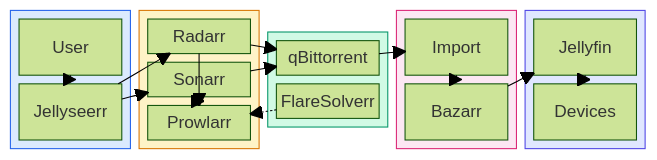
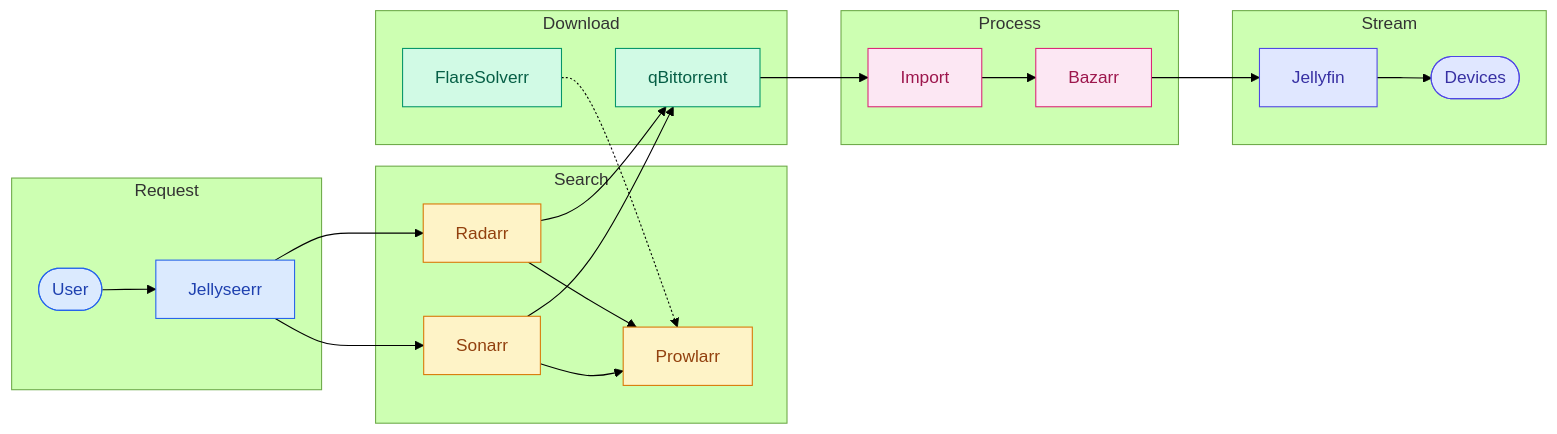
The second of 4 diagrams in docs-site/src/content/docs/guides/introduction.mdx (Mykyta-Home-Server/homeserver), drawn with Mermaid (forest theme) before and after one commit. The commit also changed other lines of this file and 2 other files, not shown here.

First line of the commit message:
Fix Mermaid diagrams: switch from block-beta to flowchart

````diff
--- a/docs-site/src/content/docs/guides/introduction.mdx
+++ b/docs-site/src/content/docs/guides/introduction.mdx
@@ -69,54 +69,53 @@
 ```mermaid
-block-beta
-    columns 5
-
-    block:request:1
-        columns 1
-        r1["User"]
-        r2["Jellyseerr"]
+flowchart LR
+    subgraph Request
+        User([User])
+        Jellyseerr[Jellyseerr]
     end
 
-    block:search:1
-        columns 1
-        s1["Radarr"]
-        s2["Sonarr"]
-        s3["Prowlarr"]
+    subgraph Search
+        Radarr[Radarr]
+        Sonarr[Sonarr]
+        Prowlarr[Prowlarr]
     end
 
-    block:download:1
-        columns 1
-        d1["qBittorrent"]
-        d2["FlareSolverr"]
+    subgraph Download
+        qBit[qBittorrent]
+        Flare[FlareSolverr]
     end
 
-    block:process:1
-        columns 1
-        p1["Import"]
-        p2["Bazarr"]
+    subgraph Process
+        Import[Import]
+        Bazarr[Bazarr]
     end
 
-    block:stream:1
-        columns 1
-        st1["Jellyfin"]
-        st2["Devices"]
+    subgraph Stream
+        Jellyfin[Jellyfin]
+        Devices([Devices])
     end
 
-    r1 --> r2
-    r2 --> s1
-    r2 --> s2
-    s1 --> s3
-    s2 --> s3
-    s1 --> d1
-    s2 --> d1
-    d2 -.-> s3
-    d1 --> p1
-    p1 --> p2
-    p2 --> st1
-    st1 --> st2
+    User --> Jellyseerr
+    Jellyseerr --> Radarr
+    Jellyseerr --> Sonarr
+    Radarr --> Prowlarr
+    Sonarr --> Prowlarr
+    Radarr --> qBit
+    Sonarr --> qBit
+    Flare -.-> Prowlarr
+    qBit --> Import
+    Import --> Bazarr
+    Bazarr --> Jellyfin
+    Jellyfin --> Devices
 
-    style request fill:#dbeafe,stroke:#2563eb
-    style search fill:#fef3c7,stroke:#d97706
-    style download fill:#d1fae5,stroke:#059669
-    style process fill:#fce7f3,stroke:#db2777
-    style stream fill:#e0e7ff,stroke:#4f46e5
+    classDef request fill:#dbeafe,stroke:#2563eb,color:#1e40af
+    classDef search fill:#fef3c7,stroke:#d97706,color:#92400e
+    classDef download fill:#d1fae5,stroke:#059669,color:#065f46
+    classDef process fill:#fce7f3,stroke:#db2777,color:#9d174d
+    classDef stream fill:#e0e7ff,stroke:#4f46e5,color:#3730a3
+
+    class User,Jellyseerr request
+    class Radarr,Sonarr,Prowlarr search
+    class qBit,Flare download
+    class Import,Bazarr process
+    class Jellyfin,Devices stream
 ```
````
